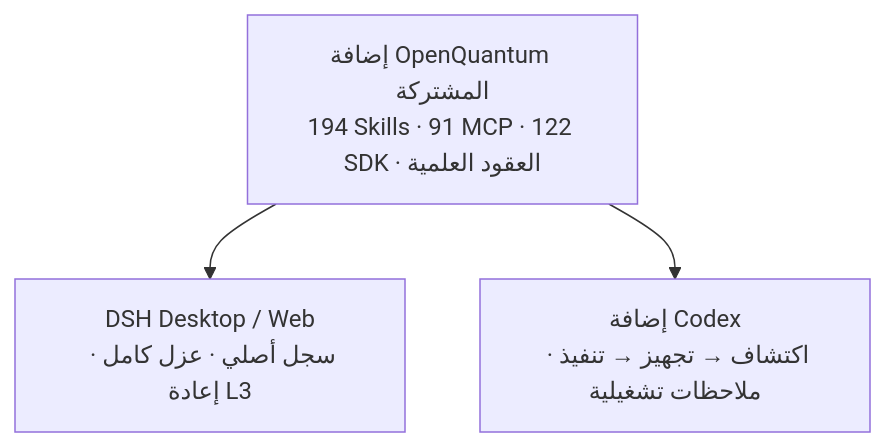
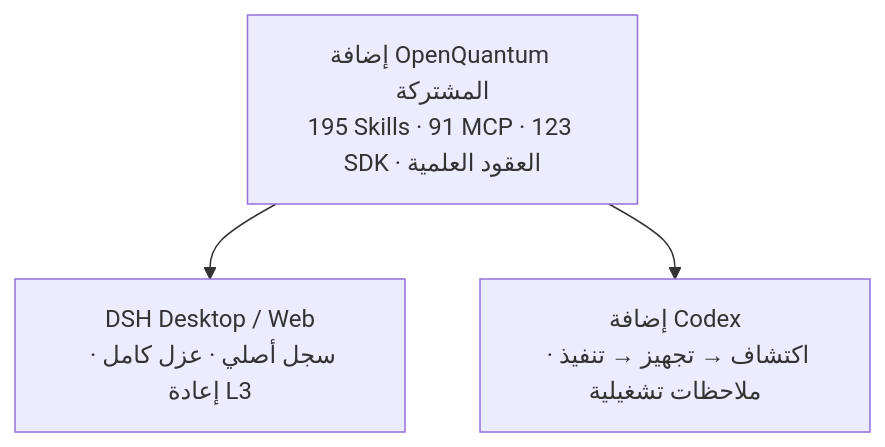
The diagram in docs/readme/README.ar.md (xi-zhao/OpenQuantum), drawn with Mermaid before and after one commit. The commit also changed other lines of this file and 23 other files, not shown here.

````diff
--- a/docs/readme/README.ar.md
+++ b/docs/readme/README.ar.md
@@ -201,6 +202,6 @@
 ```mermaid
 flowchart TB
-  Shared["إضافة OpenQuantum المشتركة<br/>194 Skills · 91 MCP · 122 SDK · العقود العلمية"]
+  Shared["إضافة OpenQuantum المشتركة<br/>195 Skills · 91 MCP · 123 SDK · العقود العلمية"]
   Shared --> DSH["DSH Desktop / Web<br/>سجل أصلي · عزل كامل · إعادة L3"]
   Shared --> CDX["إضافة Codex<br/>اكتشاف → تجهيز → تنفيذ · ملاحظات تشغيلية"]
 ```
````
